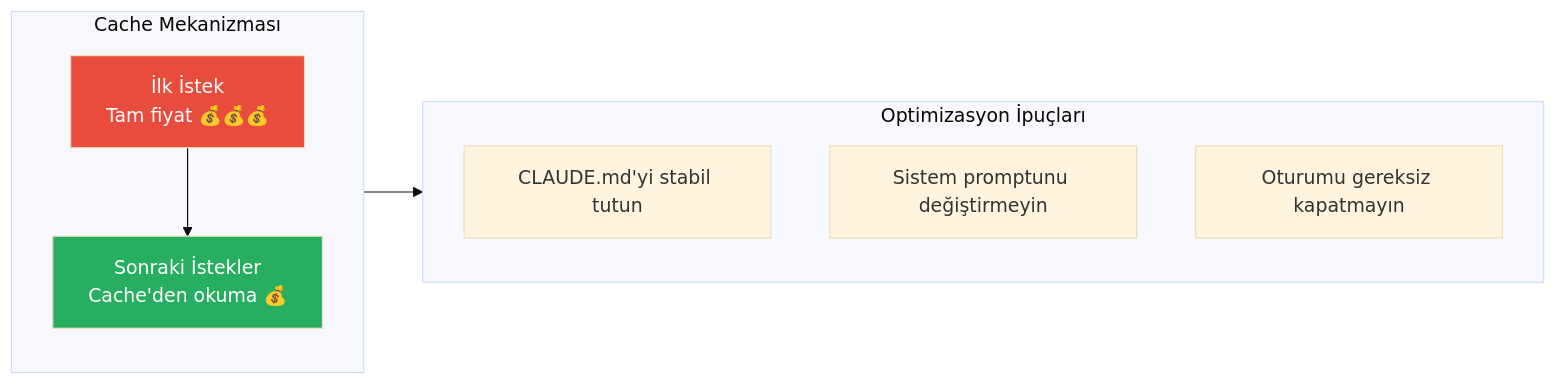
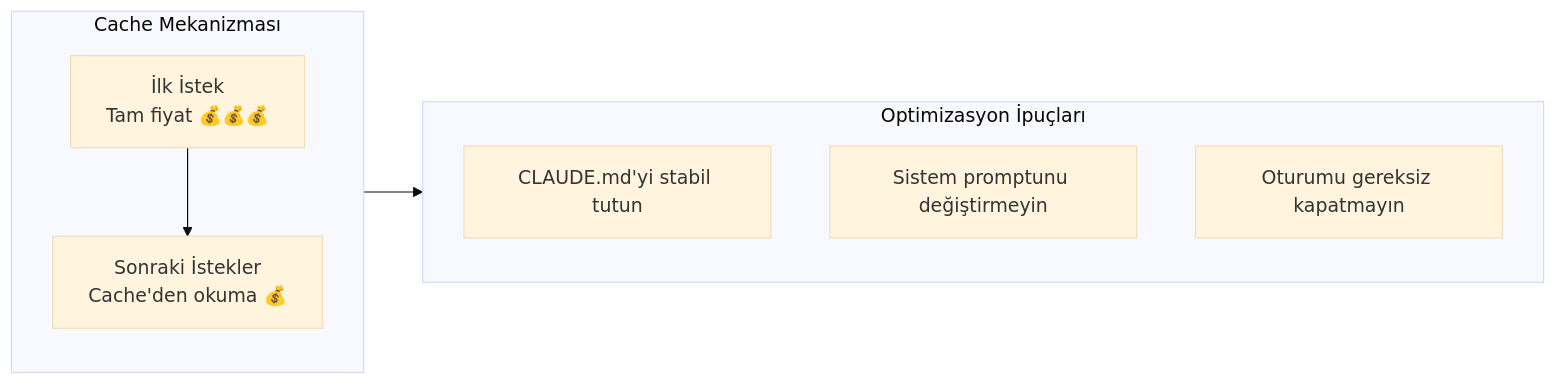
The fifth of 7 diagrams in 17-konfigurasyon/05-maliyet-yonetimi.md (IzzetYasinAtes/ClaudeCodeHandbook), drawn with Mermaid (base theme) before and after one commit. The commit also changed other lines of this file and 97 other files, not shown here.

Commit message:
Remove all custom Mermaid style/fill colors from 98 markdown files for consistent dark theme rendering

````diff
--- a/17-konfigurasyon/05-maliyet-yonetimi.md
+++ b/17-konfigurasyon/05-maliyet-yonetimi.md
@@ -163,17 +152,15 @@
 ```mermaid
 flowchart LR
     subgraph cache ["Cache Mekanizması"]
         FIRST["İlk İstek<br/>Tam fiyat 💰💰💰"] --> CACHED["Sonraki İstekler<br/>Cache'den okuma 💰"]
     end
 
     subgraph tips ["Optimizasyon İpuçları"]
         T1["CLAUDE.md'yi stabil tutun"]
         T2["Sistem promptunu değiştirmeyin"]
         T3["Oturumu gereksiz kapatmayın"]
     end
 
     cache --> tips
 
-    style FIRST fill:#E74C3C,color:#fff
-    style CACHED fill:#27AE60,color:#fff
 ```
````
